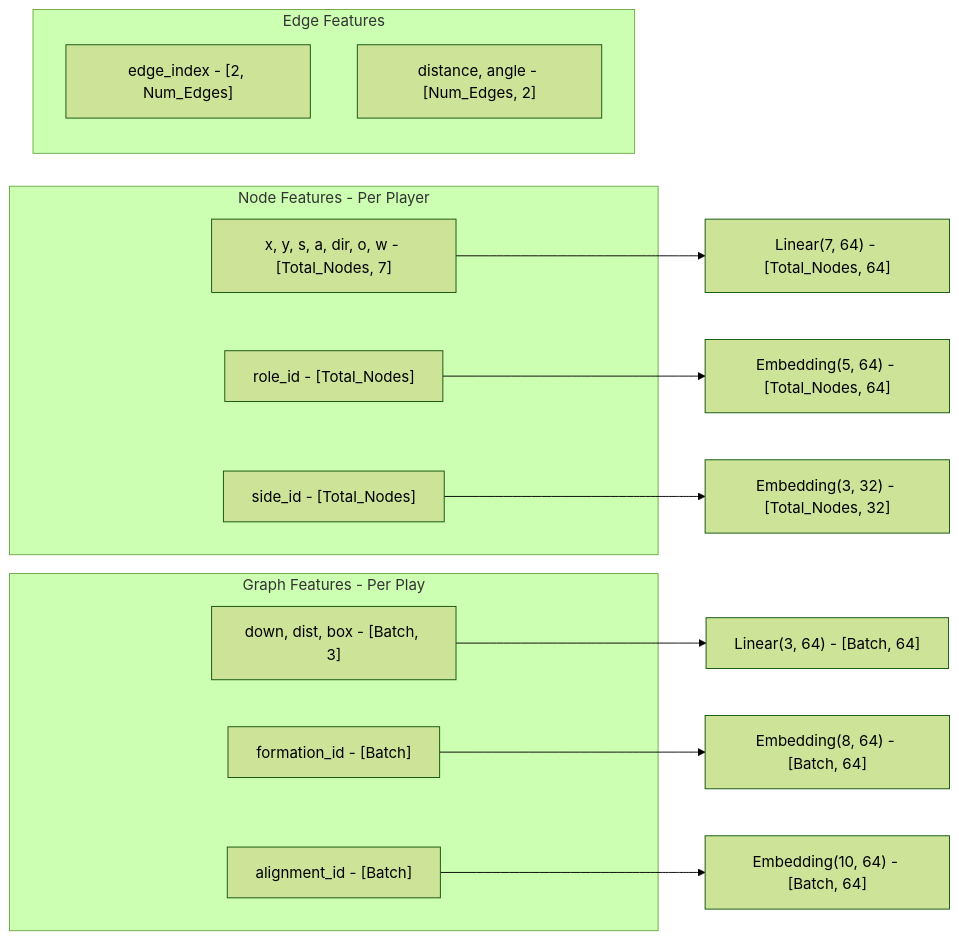
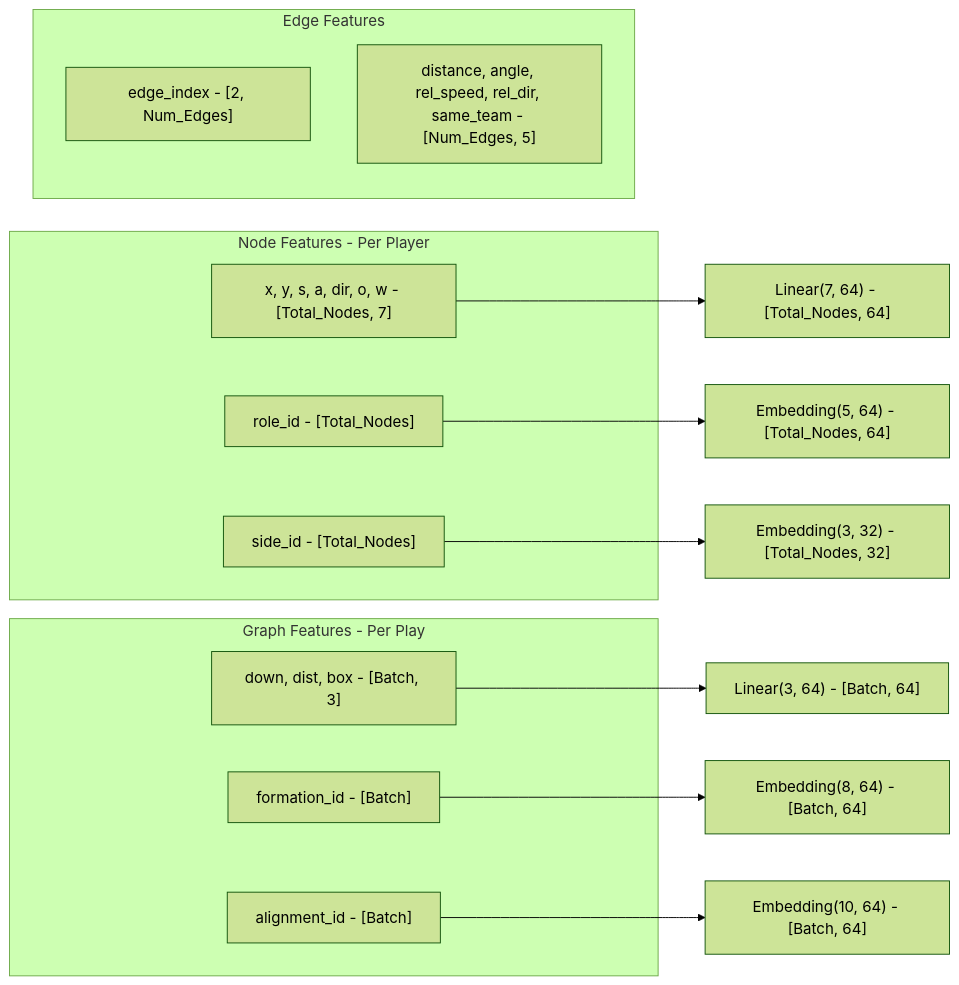
One commit to tanm-sys/NFL changed the second of 5 diagrams in docs/architecture.md. Above: the diagram before and after it, drawn with Mermaid (forest theme). The commit also changed other lines of this file and 8 other files, not shown here.

````diff
--- a/docs/architecture.md
+++ b/docs/architecture.md
@@ -74,27 +74,27 @@
 ```mermaid
 graph LR
     subgraph Node_Features[Node Features - Per Player]
         X["x, y, s, a, dir, o, w - [Total_Nodes, 7]"]
         Role["role_id - [Total_Nodes]"]
         Side["side_id - [Total_Nodes]"]
     end
     
     subgraph Graph_Features[Graph Features - Per Play]
         Ctx["down, dist, box - [Batch, 3]"]
         Form["formation_id - [Batch]"]
         Align["alignment_id - [Batch]"]
     end
     
     subgraph Edge_Features[Edge Features]
         EdgeIdx["edge_index - [2, Num_Edges]"]
-        EdgeAttr["distance, angle - [Num_Edges, 2]"]
+        EdgeAttr["distance, angle, rel_speed, rel_dir, same_team - [Num_Edges, 5]"]
     end
     
     X --> EmbX["Linear(7, 64) - [Total_Nodes, 64]"]
     Role --> EmbRole["Embedding(5, 64) - [Total_Nodes, 64]"]
     Side --> EmbSide["Embedding(3, 32) - [Total_Nodes, 32]"]
     
     Ctx --> EmbCtx["Linear(3, 64) - [Batch, 64]"]
     Form --> EmbForm["Embedding(8, 64) - [Batch, 64]"]
     Align --> EmbAlign["Embedding(10, 64) - [Batch, 64]"]
 ```
````
